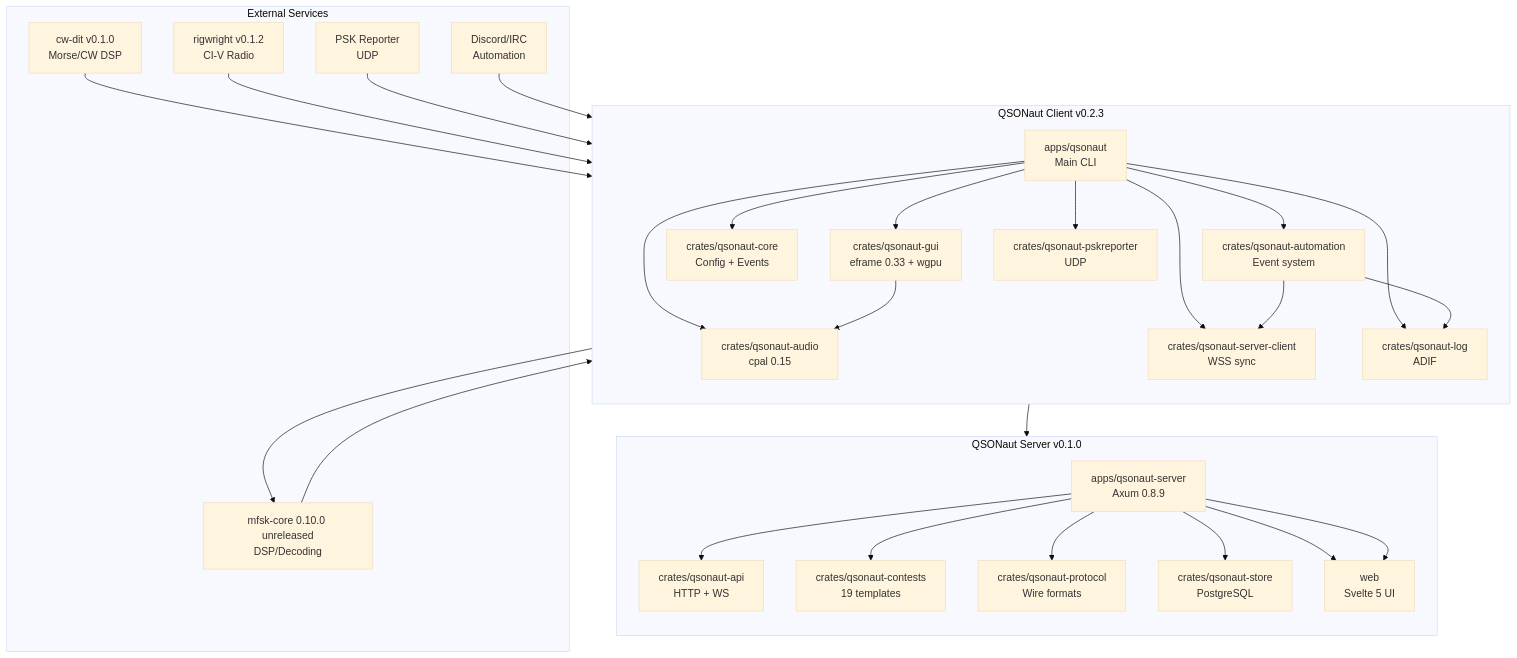
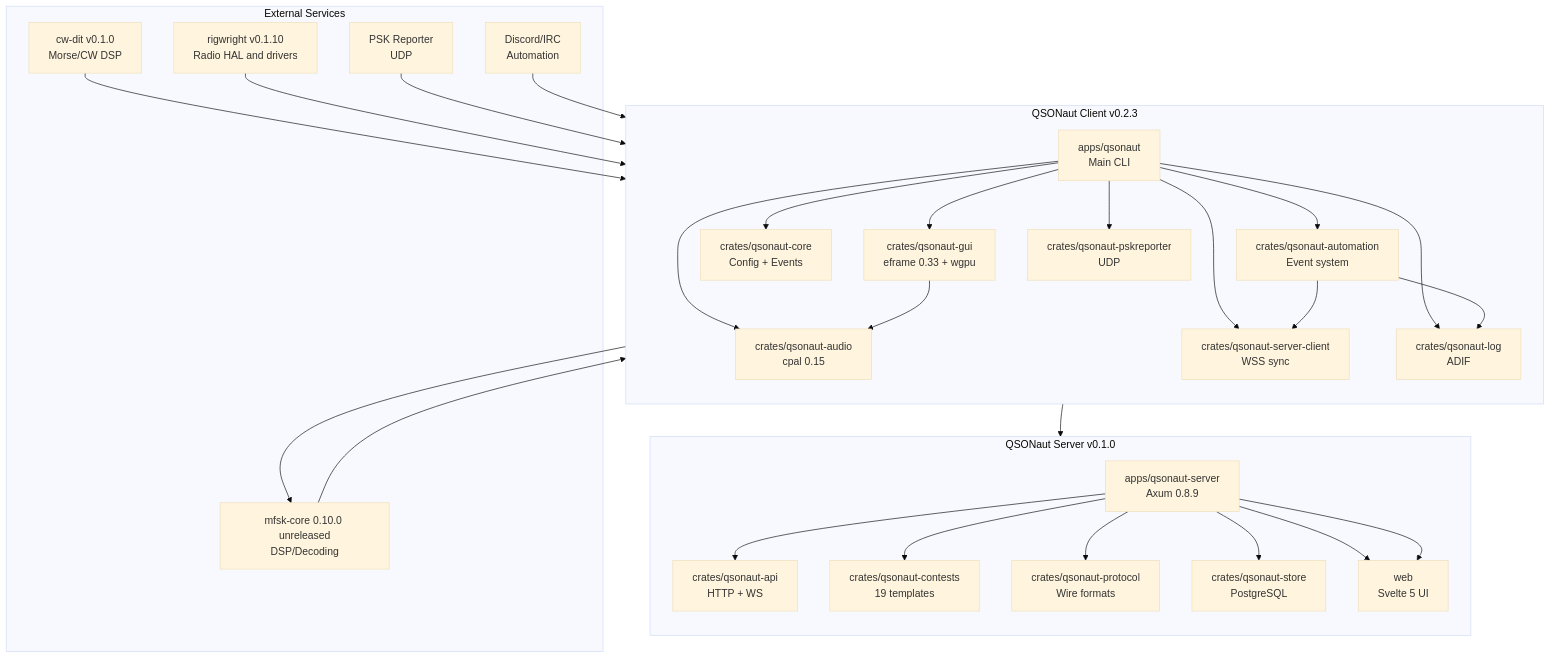
One commit to nicksbar/QSONaut changed the first of 6 diagrams in docs/ARCHITECTURE.md. Above: the diagram before and after it, drawn with Mermaid (base theme). The commit also changed other lines of this file and 7 other files, not shown here.

````diff
--- a/docs/ARCHITECTURE.md
+++ b/docs/ARCHITECTURE.md
@@ -5,45 +5,45 @@
 ```mermaid
 graph TB
     subgraph QSONaut_Client["QSONaut Client v0.2.3"]
         direction TB
         A[apps/qsonaut<br/>Main CLI]
         A --> B[crates/qsonaut-gui<br/>eframe 0.33 + wgpu]
         A --> C[crates/qsonaut-core<br/>Config + Events]
         A --> F[crates/qsonaut-audio<br/>cpal 0.15]
         A --> G[crates/qsonaut-automation<br/>Event system]
         A --> H[crates/qsonaut-server-client<br/>WSS sync]
         A --> I[crates/qsonaut-log<br/>ADIF]
         A --> J[crates/qsonaut-pskreporter<br/>UDP]
         
         B --> F
         G --> H
         G --> I
     end
     
     subgraph QSONaut_Server["QSONaut Server v0.1.0"]
         direction TB
         K[apps/qsonaut-server<br/>Axum 0.8.9]
         K --> L[crates/qsonaut-api<br/>HTTP + WS]
         K --> M[crates/qsonaut-contests<br/>19 templates]
         K --> N[crates/qsonaut-protocol<br/>Wire formats]
         K --> O[crates/qsonaut-store<br/>PostgreSQL]
         K --> P[web<br/>Svelte 5 UI]
     end
     
     subgraph External["External Services"]
         Q[mfsk-core 0.10.0 unreleased<br/>DSP/Decoding]
         U[cw-dit v0.1.0<br/>Morse/CW DSP]
-        R[rigwright v0.1.2<br/>CI-V Radio]
+        R[rigwright v0.1.10<br/>Radio HAL and drivers]
         S[PSK Reporter<br/>UDP]
         T[Discord/IRC<br/>Automation]
     end
     
     Q --> B
     U --> B
     F --> Q
     R --> A
     S --> I
     T --> G
     H --> K
     K --> P
 ```
````
